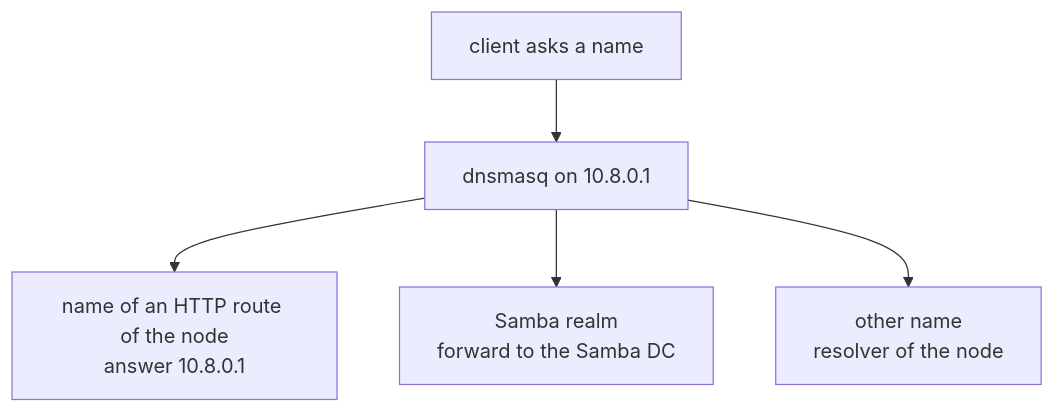
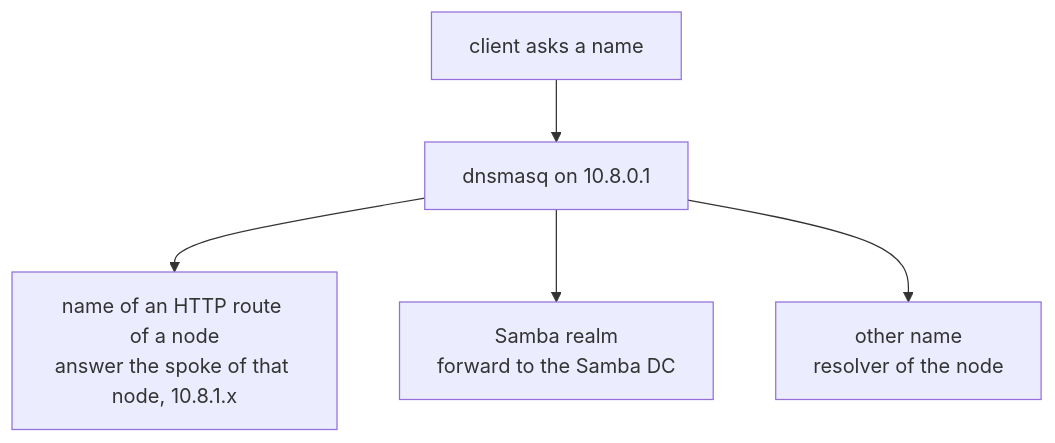
One commit to stephdl/ns8-roadwarrior changed the fifth of 7 diagrams in docs/network.md. Above: the diagram before and after it, drawn with Mermaid. The commit also changed other lines of this file and 64 other files, not shown here.

````diff
--- a/docs/network.md
+++ b/docs/network.md
@@ -130,13 +142,13 @@
 ```mermaid
 flowchart TB
     q["client asks a name"]
     d["dnsmasq on 10.8.0.1"]
-    r1["name of an HTTP route of the node<br/>answer 10.8.0.1"]
+    r1["name of an HTTP route of a node<br/>answer the spoke of that node, 10.8.1.x"]
     r2["Samba realm<br/>forward to the Samba DC"]
     r3["other name<br/>resolver of the node"]
 
     q --> d
     d --> r1
     d --> r2
     d --> r3
 ```
````
